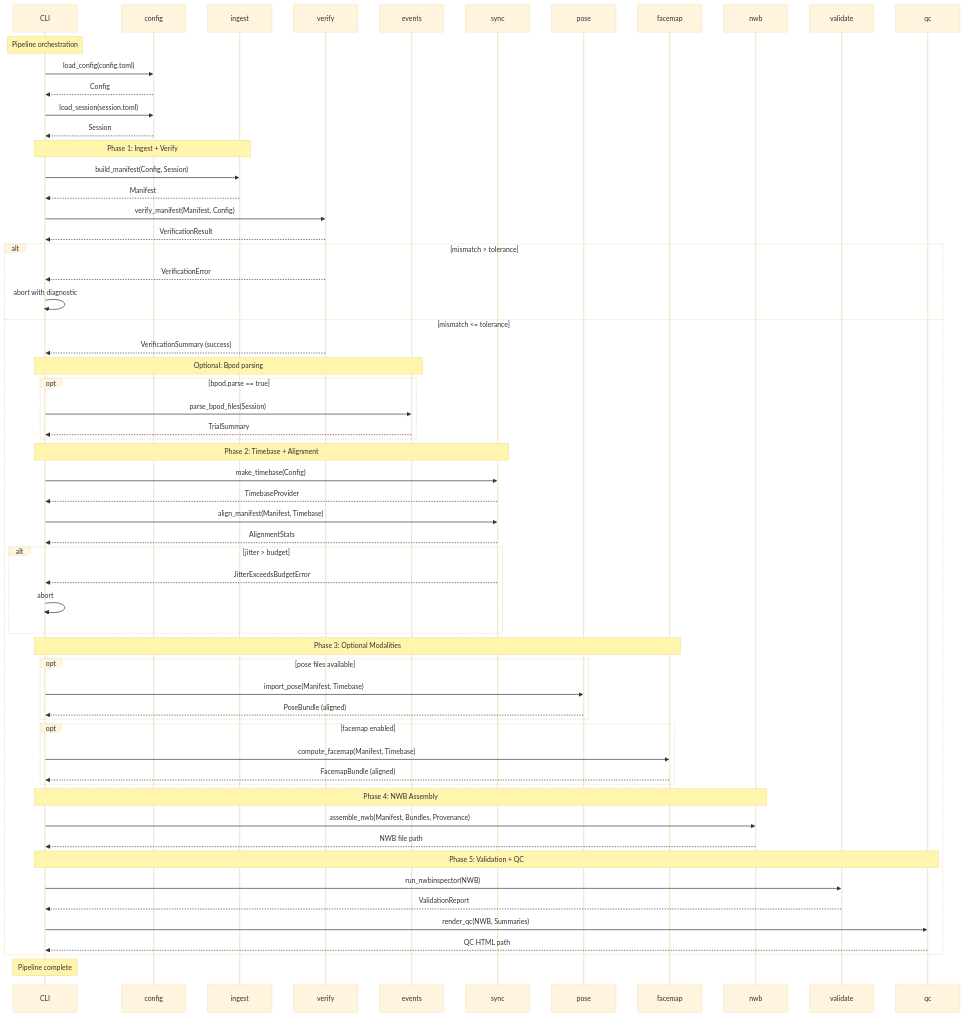
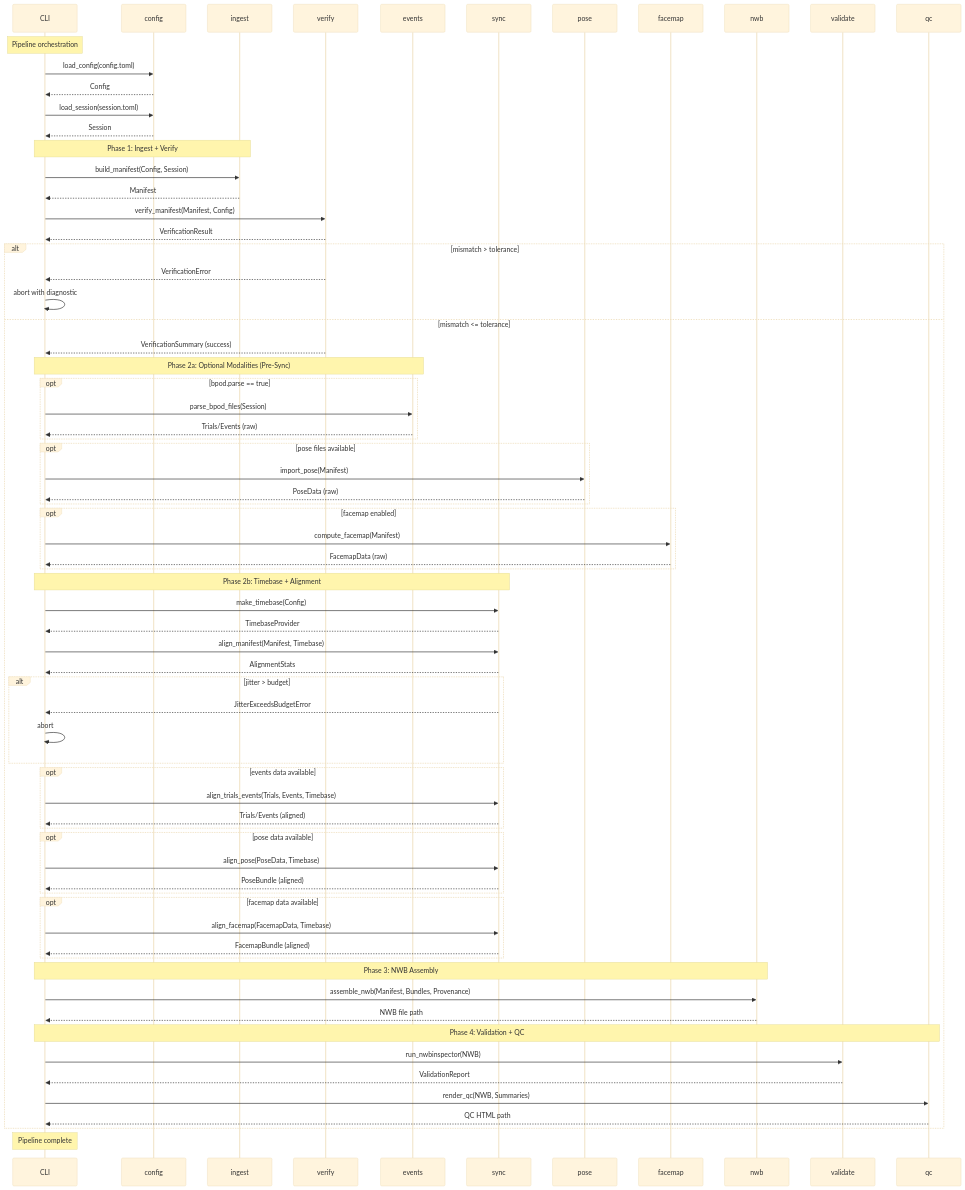
One commit to BorjaEst/w2t-bkin changed the third of 3 diagrams in design.md. Above: the diagram before and after it, drawn with Mermaid (base theme). The commit also changed other lines of this file, not shown here.

Commit message:
feat: Update design flow and module responsibilities for event synchronization and optional data processing

```diff
--- a/design.md
+++ b/design.md
@@ -334,13 +346,23 @@
   else mismatch <= tolerance
     verify-->>CLI: VerificationSummary (success)
 
-    Note over CLI,events: Optional: Bpod parsing
+    Note over CLI,events: Phase 2a: Optional Modalities (Pre-Sync)
     opt bpod.parse == true
       CLI->>events: parse_bpod_files(Session)
-      events-->>CLI: TrialSummary
+      events-->>CLI: Trials/Events (raw)
     end
 
-    Note over CLI,sync: Phase 2: Timebase + Alignment
+    opt pose files available
+      CLI->>pose: import_pose(Manifest)
+      pose-->>CLI: PoseData (raw)
+    end
+
+    opt facemap enabled
+      CLI->>facemap: compute_facemap(Manifest)
+      facemap-->>CLI: FacemapData (raw)
+    end
+
+    Note over CLI,sync: Phase 2b: Timebase + Alignment
     CLI->>sync: make_timebase(Config)
     sync-->>CLI: TimebaseProvider
     CLI->>sync: align_manifest(Manifest, Timebase)
@@ -351,22 +373,26 @@
       CLI->>CLI: abort
     end
 
-    Note over CLI,facemap: Phase 3: Optional Modalities
-    opt pose files available
-      CLI->>pose: import_pose(Manifest, Timebase)
-      pose-->>CLI: PoseBundle (aligned)
+    opt events data available
+      CLI->>sync: align_trials_events(Trials, Events, Timebase)
+      sync-->>CLI: Trials/Events (aligned)
     end
 
-    opt facemap enabled
-      CLI->>facemap: compute_facemap(Manifest, Timebase)
-      facemap-->>CLI: FacemapBundle (aligned)
+    opt pose data available
+      CLI->>sync: align_pose(PoseData, Timebase)
+      sync-->>CLI: PoseBundle (aligned)
     end
 
-    Note over CLI,nwb: Phase 4: NWB Assembly
+    opt facemap data available
+      CLI->>sync: align_facemap(FacemapData, Timebase)
+      sync-->>CLI: FacemapBundle (aligned)
+    end
+
+    Note over CLI,nwb: Phase 3: NWB Assembly
     CLI->>nwb: assemble_nwb(Manifest, Bundles, Provenance)
     nwb-->>CLI: NWB file path
 
-    Note over CLI,qc: Phase 5: Validation + QC
+    Note over CLI,qc: Phase 4: Validation + QC
     CLI->>validate: run_nwbinspector(NWB)
     validate-->>CLI: ValidationReport
 
```
